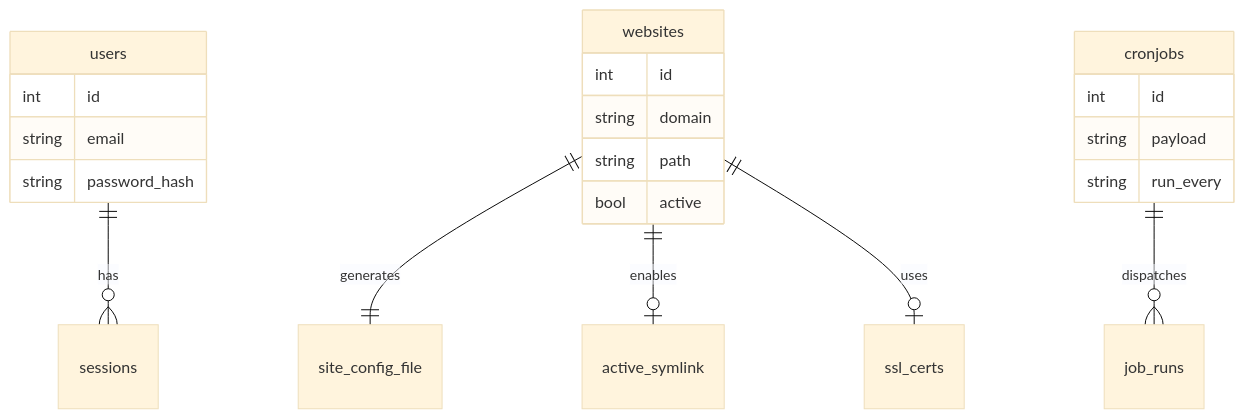
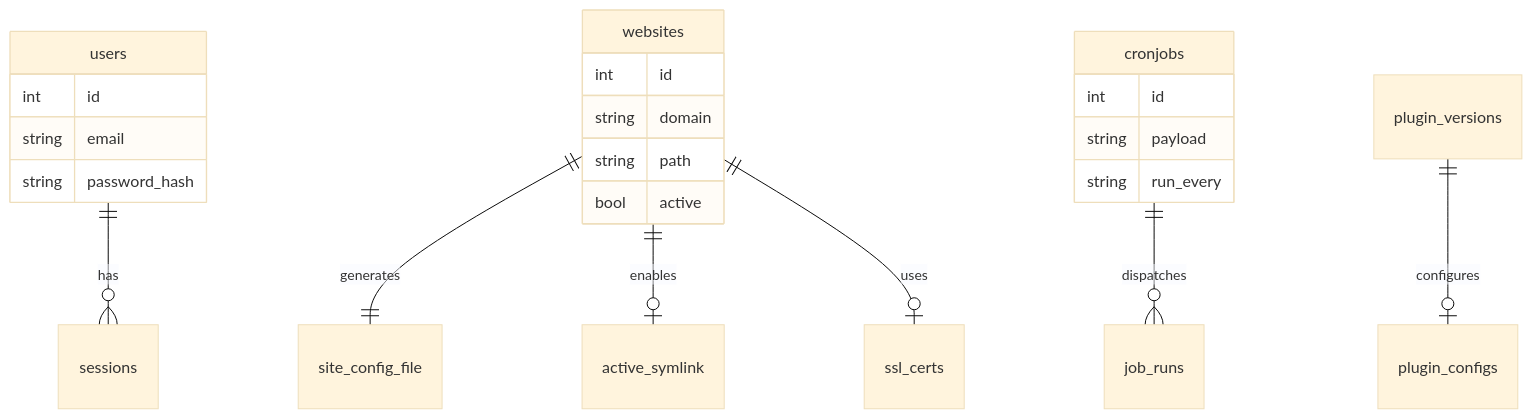
One commit to jahrulnr/GoSite changed the first of 2 diagrams in docs/domain-model.md. Above: the diagram before and after it, drawn with Mermaid (base theme). The commit also changed other lines of this file and 12 other files, not shown here.

First line of the commit message:
docs: refresh core architecture, domain model, and API inventory for v1.3.1

````diff
--- a/docs/domain-model.md
+++ b/docs/domain-model.md
@@ -90,25 +128,26 @@
 ```mermaid
 erDiagram
     users ||--o{ sessions : has
     websites ||--|| site_config_file : generates
     websites ||--o| active_symlink : enables
     websites ||--o| ssl_certs : uses
     cronjobs ||--o{ job_runs : dispatches
+    plugin_versions ||--o| plugin_configs : configures
 
     users {
         int id
         string email
         string password_hash
     }
     websites {
         int id
         string domain
         string path
         bool active
     }
     cronjobs {
         int id
         string payload
         string run_every
     }
 ```
````
